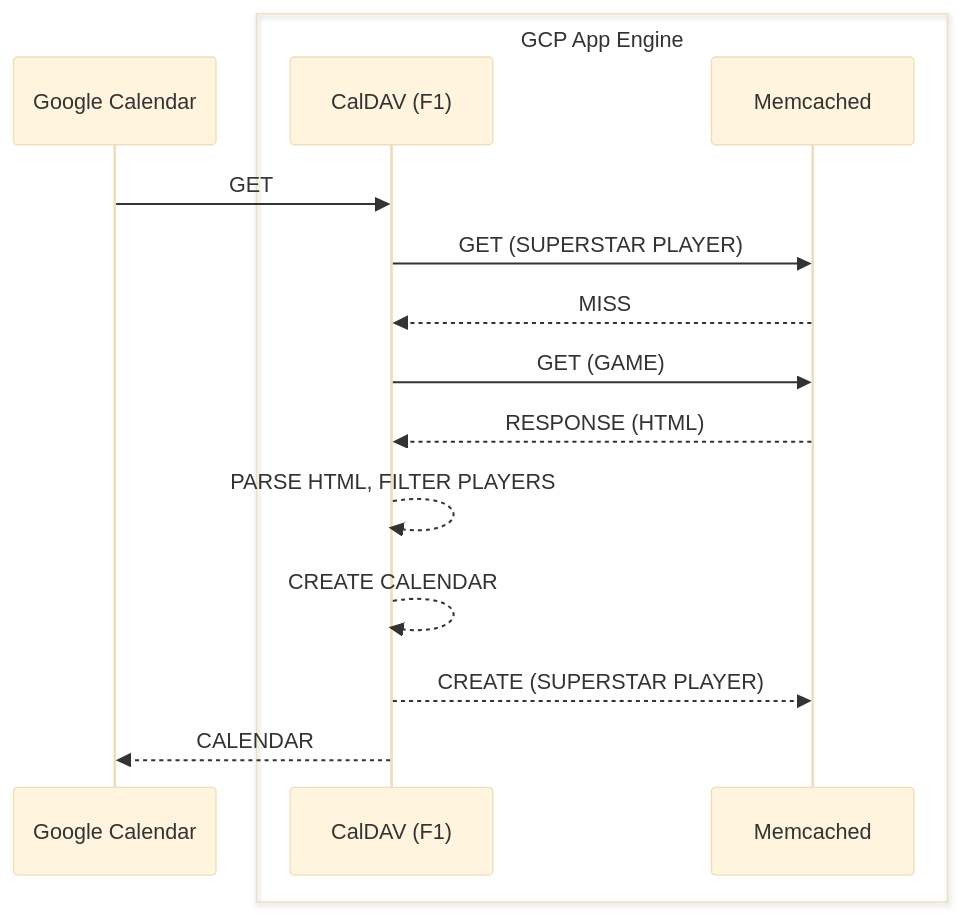
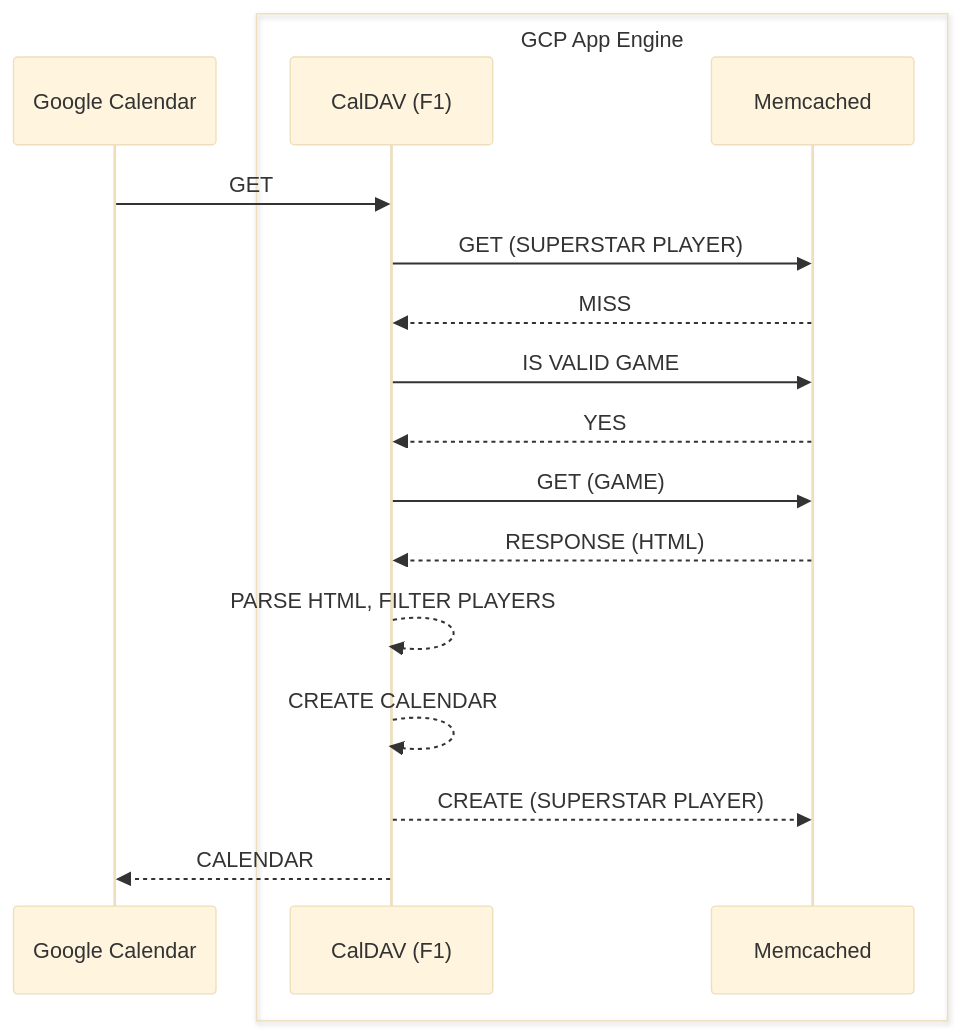
Before and after one commit to Napolitain/liquipedia-calendar: the second of 5 diagrams in DESIGN.md, drawn with Mermaid (base theme). The commit also changed other lines of this file, not shown here.

````diff
--- a/DESIGN.md
+++ b/DESIGN.md
@@ -43,17 +47,19 @@
 ```mermaid
 sequenceDiagram
     participant Google Calendar
     box GCP App Engine
         participant CalDAV (F1)
         participant Memcached
     end
     Google Calendar->>CalDAV (F1): GET
     CalDAV (F1)->>Memcached: GET (SUPERSTAR PLAYER)
     Memcached-->>CalDAV (F1): MISS
+    CalDAV (F1)->>Memcached: IS VALID GAME
+    Memcached-->>CalDAV (F1): YES
     CalDAV (F1)->>Memcached: GET (GAME)
     Memcached-->>CalDAV (F1): RESPONSE (HTML)
     CalDAV (F1)-->>CalDAV (F1): PARSE HTML, FILTER PLAYERS
     CalDAV (F1)-->>CalDAV (F1): CREATE CALENDAR
     CalDAV (F1)-->>Memcached: CREATE (SUPERSTAR PLAYER)
     CalDAV (F1)-->>Google Calendar: CALENDAR
 ```
````
